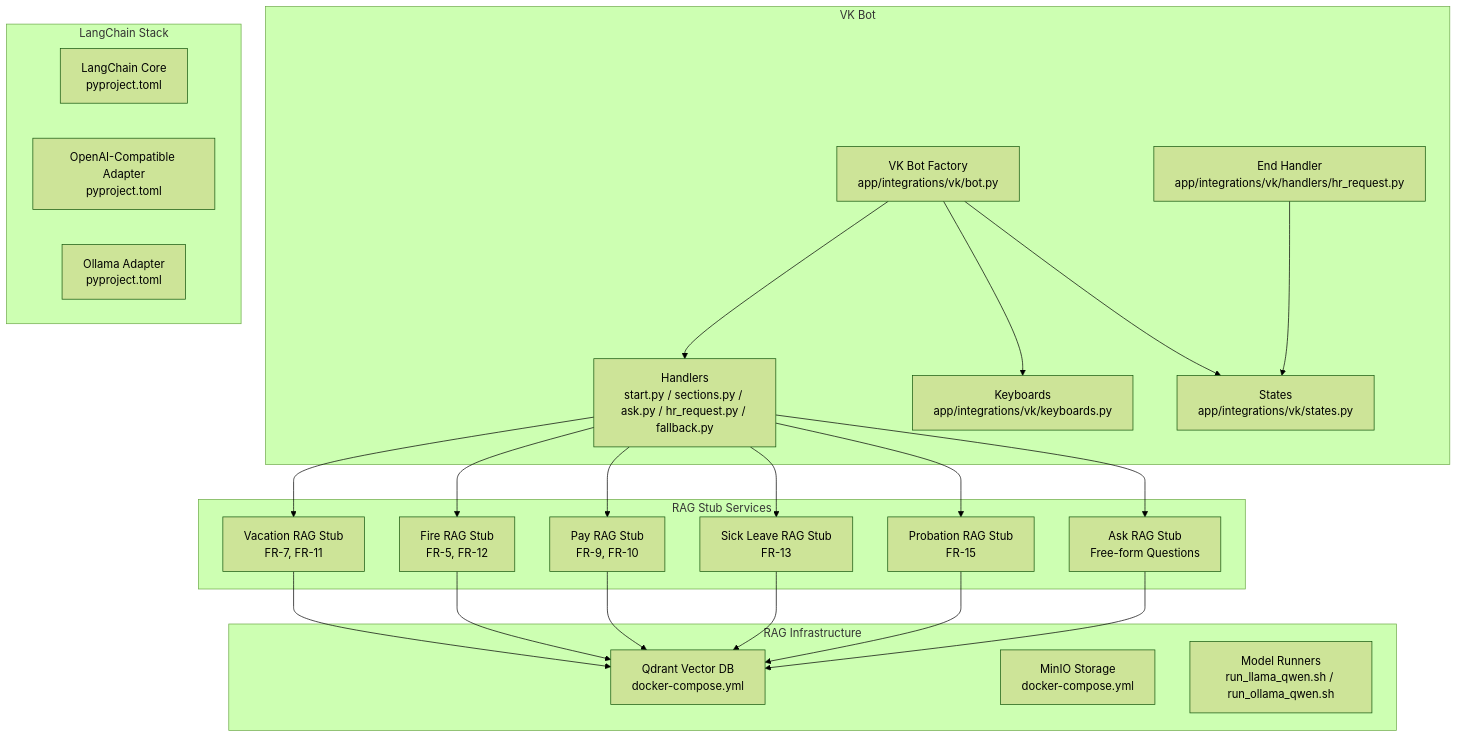
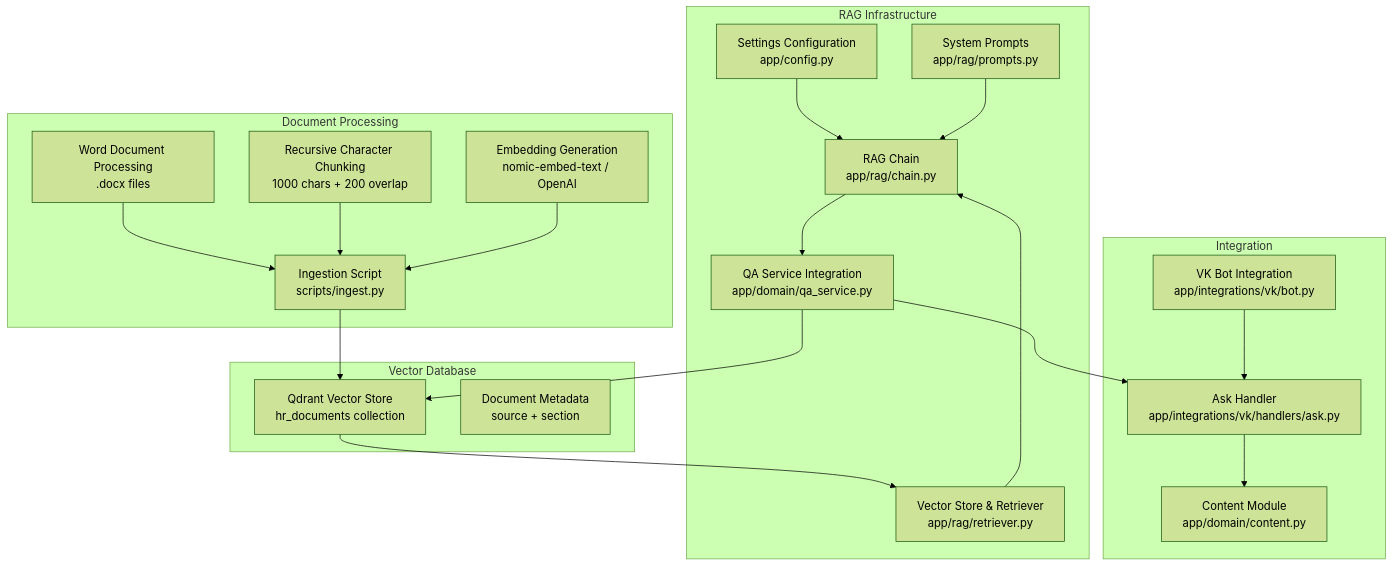
Before and after one commit to ognelis/cafetera_hr_bot: the first of 9 diagrams in .qoder/repowiki/en/content/RAG Integration.md, drawn with Mermaid (forest theme). The commit also changed other lines of this file and 9 other files, not shown here.

````diff
--- a/.qoder/repowiki/en/content/RAG Integration.md
+++ b/.qoder/repowiki/en/content/RAG Integration.md
@@ -58,44 +52,38 @@
 ```mermaid
 graph TB
-subgraph "VK Bot"
-VKBot["VK Bot Factory<br/>app/integrations/vk/bot.py"]
-Handlers["Handlers<br/>start.py / sections.py / ask.py / hr_request.py / fallback.py"]
-Keyboards["Keyboards<br/>app/integrations/vk/keyboards.py"]
-States["States<br/>app/integrations/vk/states.py"]
-EndHandler["End Handler<br/>app/integrations/vk/handlers/hr_request.py"]
-EndHandler --> States
+subgraph "RAG Infrastructure"
+Config["Settings Configuration<br/>app/config.py"]
+Chain["RAG Chain<br/>app/rag/chain.py"]
+Prompts["System Prompts<br/>app/rag/prompts.py"]
+Retriever["Vector Store & Retriever<br/>app/rag/retriever.py"]
+QAService["QA Service Integration<br/>app/domain/qa_service.py"]
 end
-subgraph "RAG Infrastructure"
-Qdrant["Qdrant Vector DB<br/>docker-compose.yml"]
-MinIO["MinIO Storage<br/>docker-compose.yml"]
-Scripts["Model Runners<br/>run_llama_qwen.sh / run_ollama_qwen.sh"]
+subgraph "Document Processing"
+Ingest["Ingestion Script<br/>scripts/ingest.py"]
+Docx["Word Document Processing<br/>.docx files"]
+Chunking["Recursive Character Chunking<br/>1000 chars + 200 overlap"]
+Embeddings["Embedding Generation<br/>nomic-embed-text / OpenAI"]
 end
-subgraph "LangChain Stack"
-LC["LangChain Core<br/>pyproject.toml"]
-LCOAI["OpenAI-Compatible Adapter<br/>pyproject.toml"]
-LCOla["Ollama Adapter<br/>pyproject.toml"]
+subgraph "Vector Database"
+Qdrant["Qdrant Vector Store<br/>hr_documents collection"]
+Metadata["Document Metadata<br/>source + section"]
 end
-subgraph "RAG Stub Services"
-VacationStub["Vacation RAG Stub<br/>FR-7, FR-11"]
-FireStub["Fire RAG Stub<br/>FR-5, FR-12"]
-PayStub["Pay RAG Stub<br/>FR-9, FR-10"]
-SickStub["Sick Leave RAG Stub<br/>FR-13"]
-ProbationStub["Probation RAG Stub<br/>FR-15"]
-AskStub["Ask RAG Stub<br/>Free-form Questions"]
+subgraph "Integration"
+VKBot["VK Bot Integration<br/>app/integrations/vk/bot.py"]
+AskHandler["Ask Handler<br/>app/integrations/vk/handlers/ask.py"]
+Content["Content Module<br/>app/domain/content.py"]
 end
-VKBot --> Handlers
-VKBot --> Keyboards
-VKBot --> States
-Handlers --> VacationStub
-Handlers --> FireStub
-Handlers --> PayStub
-Handlers --> SickStub
-Handlers --> ProbationStub
-Handlers --> AskStub
-VacationStub --> Qdrant
-FireStub --> Qdrant
-PayStub --> Qdrant
-SickStub --> Qdrant
-ProbationStub --> Qdrant
-AskStub --> Qdrant
+Config --> Chain
+Chain --> QAService
+Prompts --> Chain
+Retriever --> Chain
+QAService --> Qdrant
+Docx --> Ingest
+Chunking --> Ingest
+Embeddings --> Ingest
+Ingest --> Qdrant
+Qdrant --> Retriever
+VKBot --> AskHandler
+AskHandler --> Content
+QAService --> AskHandler
 ```
````
